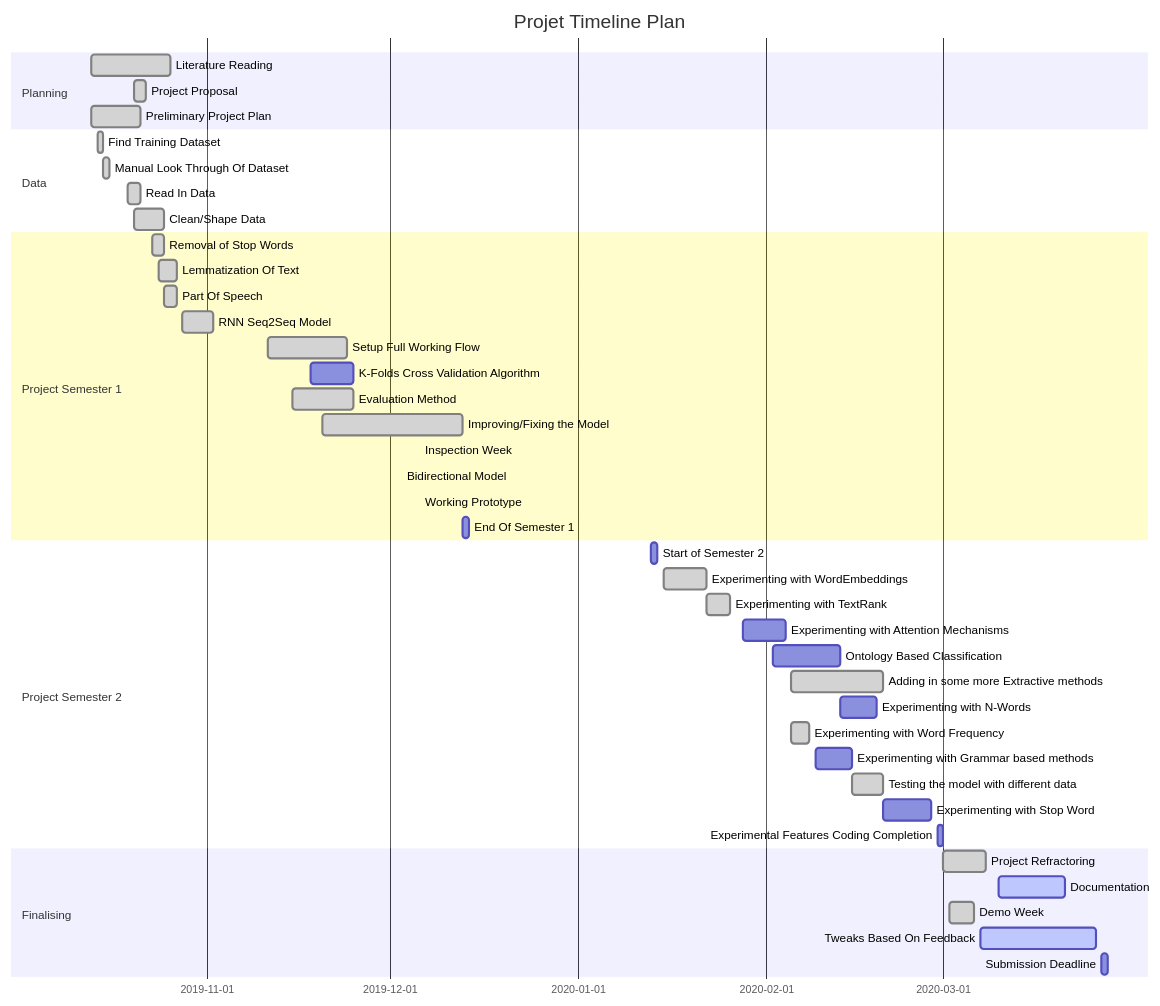
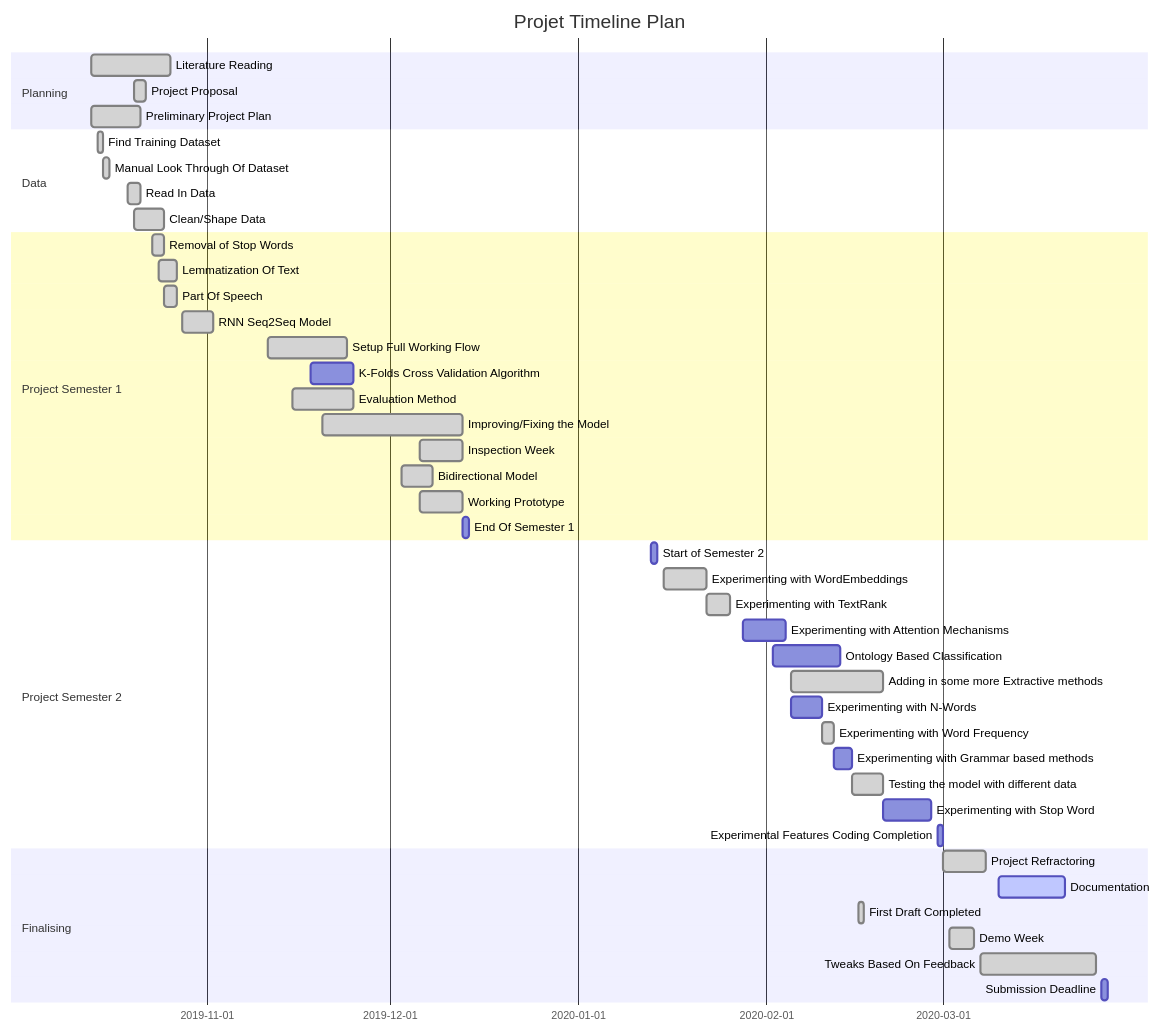
The first of 2 diagrams in README.md (bmistry12/text-summarisation), drawn with Mermaid before and after one commit. The commit also changed other lines of this file and 10 other files, not shown here.

````diff
--- a/README.md
+++ b/README.md
@@ -94,52 +92,52 @@
 ```mermaid
 gantt
 dateFormat  YYYY-MM-DD
 title Projet Timeline Plan
 
-
 section Planning
-Literature Reading                      :done,  des1, 2019-10-13, 2019-10-26
+Literature Reading                      :done,    des1, 2019-10-13, 2019-10-26
 Project Proposal                        :done,    des1, 2019-10-20, 2019-10-22
 Preliminary Project Plan                :done,    des1, 2019-10-13, 2019-10-21
 
 section Data                  
 Find Training Dataset                   :done,    des1, 2019-10-14, 2019-10-15
 Manual Look Through Of Dataset          :done,    des1, 2019-10-15, 2019-10-16
 Read In Data                            :done,    des1, 2019-10-19, 2019-10-21
 Clean/Shape Data                        :done,   des1, 2019-10-20, 2019-10-25
 
 section Project Semester 1
 Removal of Stop Words                   :done,    des1, 2019-10-23, 2019-10-25
 Lemmatization Of Text                   :done,    des1, 2019-10-24, 2019-10-27
 Part Of Speech                          :done,    des1, 2019-10-25, 2019-10-27
 RNN Seq2Seq Model                       :done,    des1, 2019-10-28, 2019-11-02
 Setup Full Working Flow                 :done,    des1, 2019-11-11, 2019-11-24
 K-Folds Cross Validation Algorithm      :         des1, 2019-11-18, 2019-11-25
 Evaluation Method                       :done,    des1, 2019-11-15, 2019-11-25
 Improving/Fixing the Model              :done,    des1, 2019-11-20, 2019-12-13
-Inspection Week                         :done,    des1, 2019-12-13, 2019-12-06
-Bidirectional Model                     :done,    des1, 2019-12-08, 2019-12-03
-Working Prototype                       :done,    des1, 2019-12-13, 2019-12-06
+Inspection Week                         :done,    des1, 2019-12-06, 2019-12-13
+Bidirectional Model                     :done,    des1, 2019-12-03, 2019-12-08
+Working Prototype                       :done,    des1, 2019-12-06, 2019-12-13
 End Of Semester 1                       :         des1, 2019-12-13, 1d
 
 section Project Semester 2
 Start of Semester 2                     :         des1, 2020-01-13, 1d
 Experimenting with WordEmbeddings       :done,    des1, 2020-01-15, 2020-01-22
 Experimenting with TextRank             :done,    des1, 2020-01-22, 2020-01-26
 Experimenting with Attention Mechanisms :         des1, 2020-01-28, 2020-02-04
 Ontology Based Classification           :         des1, 2020-02-02, 2020-02-13
-Adding in some more Extractive methods  :done,  des1, 2020-02-05, 2020-02-20
-Experimenting with N-Words              :         des1, 2020-02-13, 2020-02-19
-Experimenting with Word Frequency        :done,         des1, 2020-02-05, 2020-02-08
-Experimenting with Grammar based methods:         des1, 2020-02-09, 2020-02-15
-Testing the model with different data   :done,  des1, 2020-02-15, 2020-02-20 
+Adding in some more Extractive methods  :done,    des1, 2020-02-05, 2020-02-20
+Experimenting with N-Words              :         des1, 2020-02-05, 2020-02-10
+Experimenting with Word Frequency       :done,    des1, 2020-02-010, 2020-02-12
+Experimenting with Grammar based methods:         des1, 2020-02-12, 2020-02-15
+Testing the model with different data   :done,    des1, 2020-02-15, 2020-02-20 
 Experimenting with Stop Word            :         des1, 2020-02-20, 2020-02-28
 Experimental Features Coding Completion :         des1, 2020-02-29, 1d
 
 Section Finalising
-Project Refractoring                    :done,  des1, 2020-03-01, 2020-03-08
+Project Refractoring                    :done,    des1, 2020-03-01, 2020-03-08
 Documentation                           :active,  des1, 2020-03-10, 2020-03-21
+First Draft Completed                   :done,    des1, 2020-02-16, 1d
 Demo Week                               :done,    des1, 2020-03-02, 2020-03-06
-Tweaks Based On Feedback                :active,  des1, 2020-03-07, 2020-03-26
+Tweaks Based On Feedback                :done,    des1, 2020-03-07, 2020-03-26
 Submission Deadline                     :         des1, 2020-03-27, 1d
 ```
````
